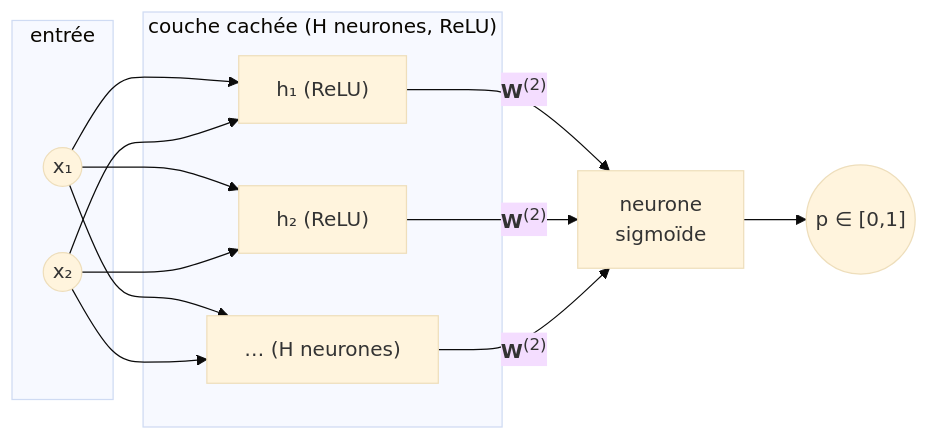
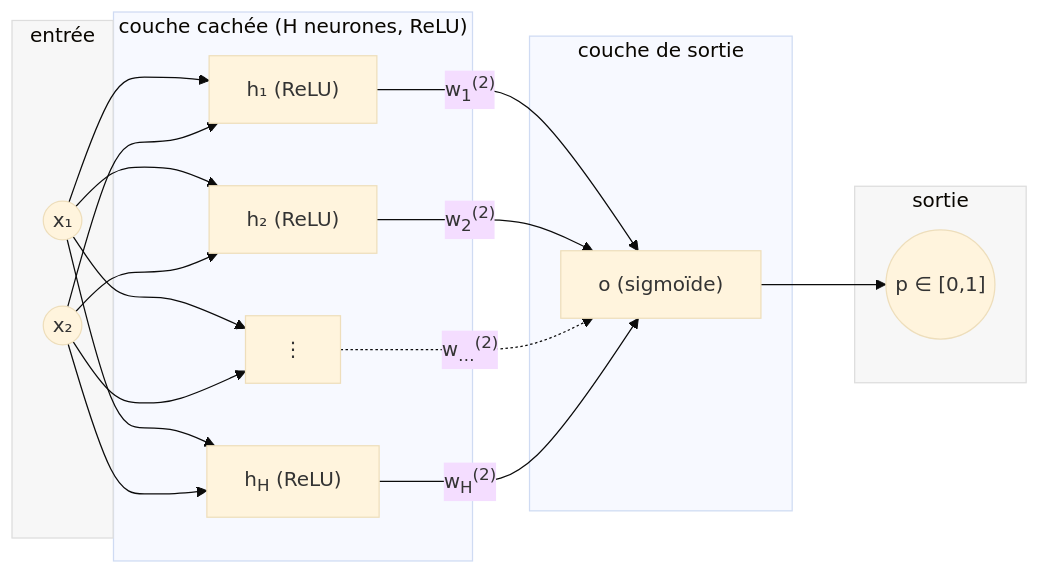
One commit to jlg-formation/ai-training changed the diagram in 03-xor-couche-cachee/README.md. Above: the diagram before and after it, drawn with Mermaid (base theme).

Commit message:
docs: update network topology diagram in README.md for clarity and consistency

````diff
--- a/03-xor-couche-cachee/README.md
+++ b/03-xor-couche-cachee/README.md
@@ -51,22 +51,34 @@
 ```mermaid
 graph LR
     x1(("x₁")) --> h1["h₁ (ReLU)"]
     x1 --> h2["h₂ (ReLU)"]
-    x1 --> hh["… (H neurones)"]
+    x1 --> dots["⋮"]
+    x1 --> hH["h<sub>H</sub> (ReLU)"]
     x2(("x₂")) --> h1
     x2 --> h2
-    x2 --> hh
-    h1 -- "<b>W</b><sup>(2)</sup>" --> O["neurone<br/>sigmoïde"]
-    h2 -- "<b>W</b><sup>(2)</sup>" --> O
-    hh -- "<b>W</b><sup>(2)</sup>" --> O
+    x2 --> dots
+    x2 --> hH
+    h1 -- "w<sub>1</sub><sup>(2)</sup>" --> O["o (sigmoïde)"]
+    h2 -- "w<sub>2</sub><sup>(2)</sup>" --> O
+    dots -. "w<sub>…</sub><sup>(2)</sup>" .-> O
+    hH -- "w<sub>H</sub><sup>(2)</sup>" --> O
     O --> p(("p ∈ [0,1]"))
     subgraph entree["entrée"]
         x1
         x2
     end
     subgraph cachee["couche cachée (H neurones, ReLU)"]
         h1
         h2
-        hh
+        dots
+        hH
     end
+    subgraph sortie["couche de sortie"]
+        O
+    end
+    subgraph proba["sortie"]
+        p
+    end
+    style entree fill:#f7f7f7,stroke:#dddddd
+    style proba fill:#f7f7f7,stroke:#dddddd
 ```
````
